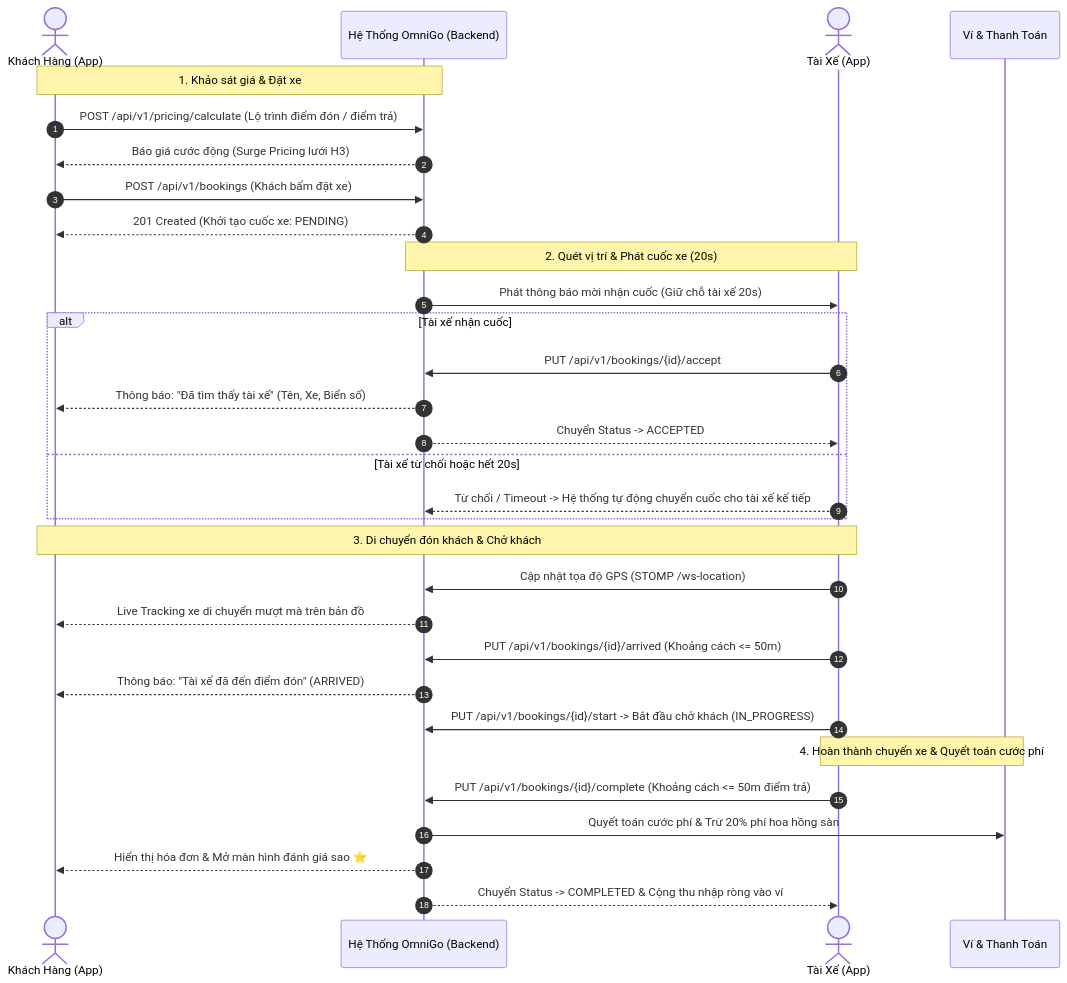
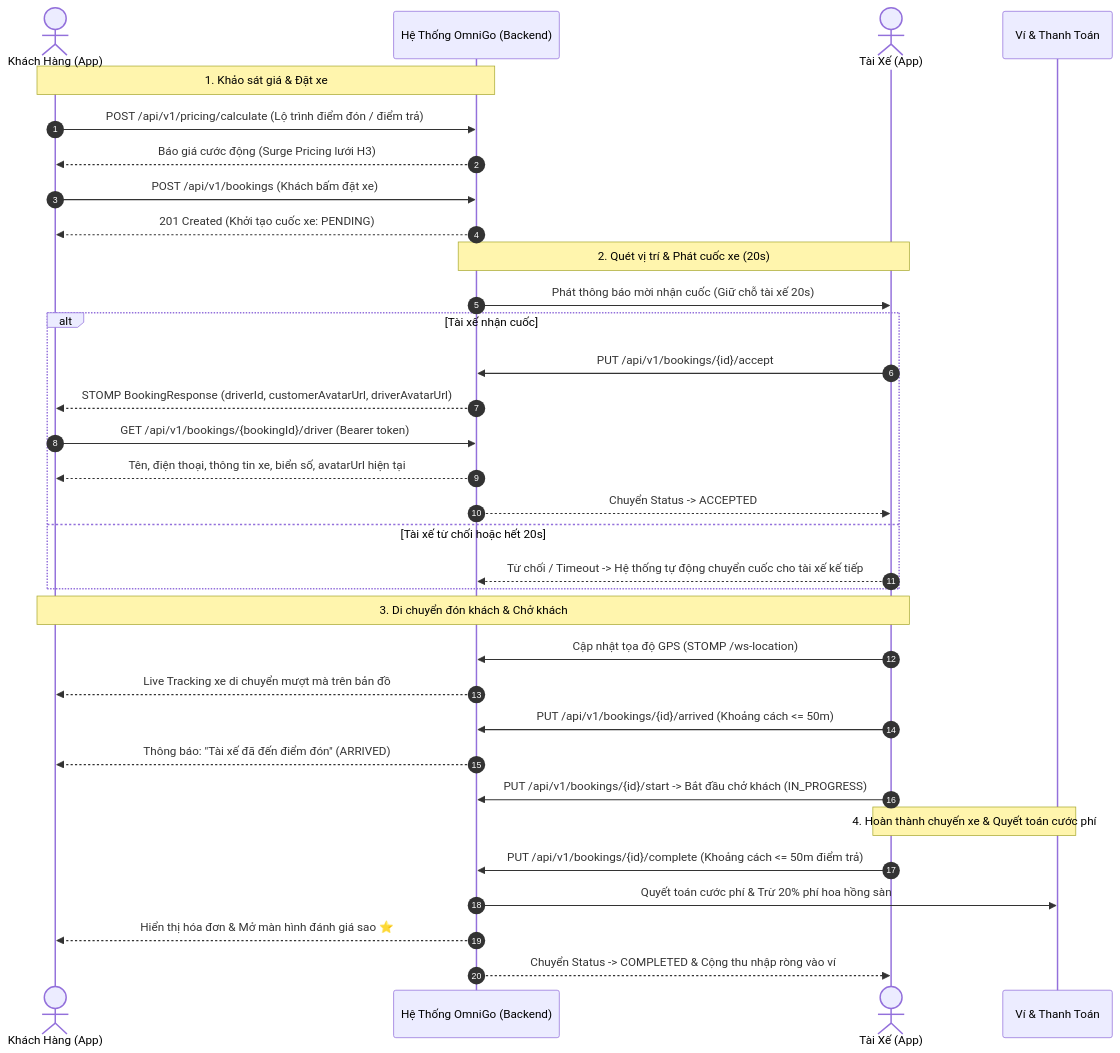
Before and after one commit to AnhQuocs/OmniGo: the first of 7 diagrams in DOCUMENT/BUSINESS_FLOW_SPECIFICATION.md, drawn with Mermaid. The commit also changed other lines of this file and 30 other files, not shown here.

Commit message:
feat(booking): add customer and driver avatar URLs to booking and related services

````diff
--- a/DOCUMENT/BUSINESS_FLOW_SPECIFICATION.md
+++ b/DOCUMENT/BUSINESS_FLOW_SPECIFICATION.md
@@ -39,41 +39,43 @@
 ```mermaid
 sequenceDiagram
     autonumber
     actor Customer as Khách Hàng (App)
     participant OmniGo as Hệ Thống OmniGo (Backend)
     actor Driver as Tài Xế (App)
     participant Payment as Ví & Thanh Toán
 
     %% 1. TÍNH CƯỚC & ĐẶT XE
     Note over Customer, OmniGo: 1. Khảo sát giá & Đặt xe
     Customer->>OmniGo: POST /api/v1/pricing/calculate (Lộ trình điểm đón / điểm trả)
     OmniGo-->>Customer: Báo giá cước động (Surge Pricing lưới H3)
     Customer->>OmniGo: POST /api/v1/bookings (Khách bấm đặt xe)
     OmniGo-->>Customer: 201 Created (Khởi tạo cuốc xe: PENDING)
 
     %% 2. ĐIỀU PHỐI TÀI XẾ
     Note over OmniGo, Driver: 2. Quét vị trí & Phát cuốc xe (20s)
     OmniGo->>Driver: Phát thông báo mời nhận cuốc (Giữ chỗ tài xế 20s)
     alt Tài xế nhận cuốc
         Driver->>OmniGo: PUT /api/v1/bookings/{id}/accept
-        OmniGo-->>Customer: Thông báo: "Đã tìm thấy tài xế" (Tên, Xe, Biển số)
+        OmniGo-->>Customer: STOMP BookingResponse (driverId, customerAvatarUrl, driverAvatarUrl)
+        Customer->>OmniGo: GET /api/v1/bookings/{bookingId}/driver (Bearer token)
+        OmniGo-->>Customer: Tên, điện thoại, thông tin xe, biển số, avatarUrl hiện tại
         OmniGo-->>Driver: Chuyển Status -> ACCEPTED
     else Tài xế từ chối hoặc hết 20s
         Driver-->>OmniGo: Từ chối / Timeout -> Hệ thống tự động chuyển cuốc cho tài xế kế tiếp
     end
 
     %% 3. ĐÓN KHÁCH & HÀNH TRÌNH
     Note over Customer, Driver: 3. Di chuyển đón khách & Chở khách
     Driver->>OmniGo: Cập nhật tọa độ GPS (STOMP /ws-location)
     OmniGo-->>Customer: Live Tracking xe di chuyển mượt mà trên bản đồ
     Driver->>OmniGo: PUT /api/v1/bookings/{id}/arrived (Khoảng cách <= 50m)
     OmniGo-->>Customer: Thông báo: "Tài xế đã đến điểm đón" (ARRIVED)
     Driver->>OmniGo: PUT /api/v1/bookings/{id}/start -> Bắt đầu chở khách (IN_PROGRESS)
 
     %% 4. HOÀN TẤT & QUYẾT TOÁN
     Note over Driver, Payment: 4. Hoàn thành chuyến xe & Quyết toán cước phí
     Driver->>OmniGo: PUT /api/v1/bookings/{id}/complete (Khoảng cách <= 50m điểm trả)
     OmniGo->>Payment: Quyết toán cước phí & Trừ 20% phí hoa hồng sàn
     OmniGo-->>Customer: Hiển thị hóa đơn & Mở màn hình đánh giá sao ⭐
     OmniGo-->>Driver: Chuyển Status -> COMPLETED & Cộng thu nhập ròng vào ví
 ```
````
